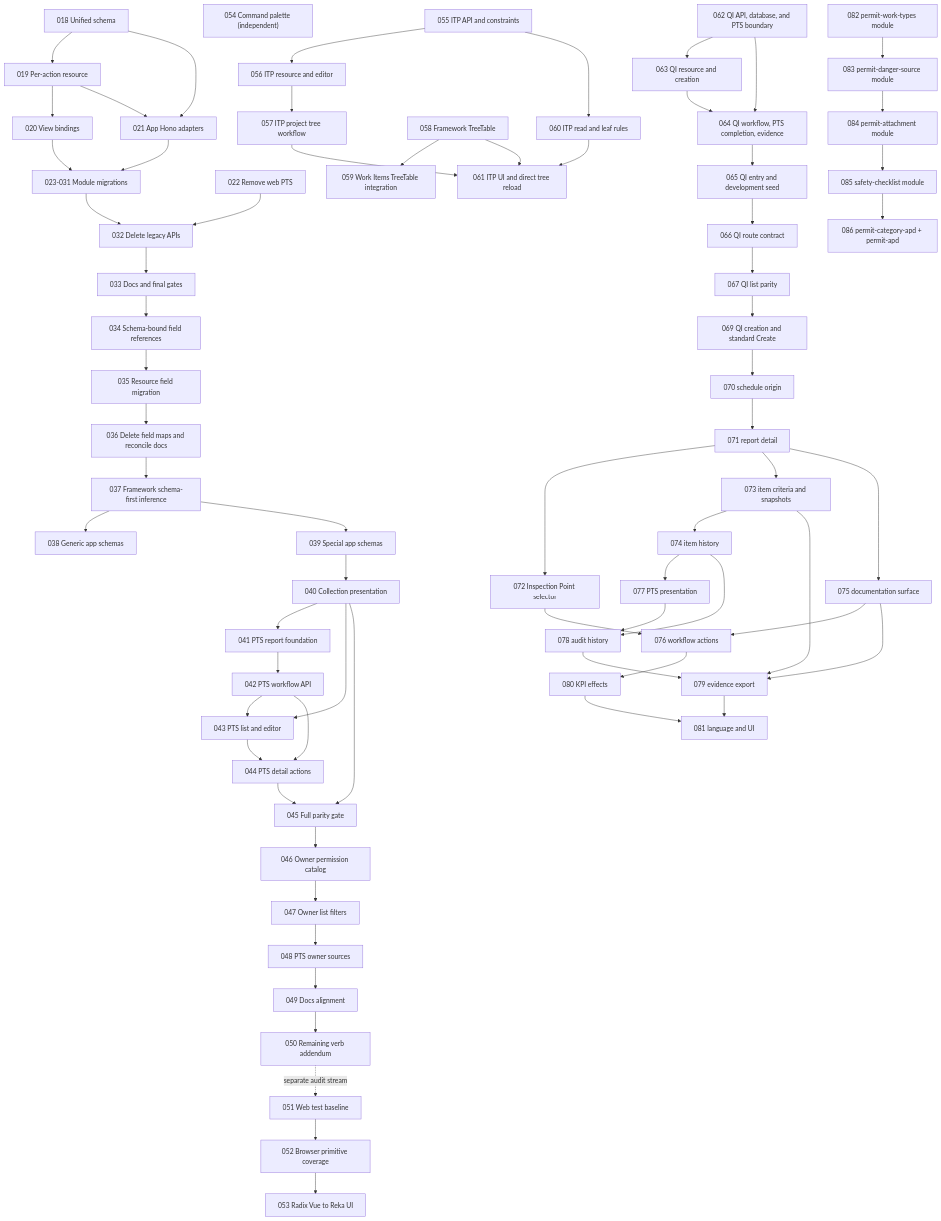
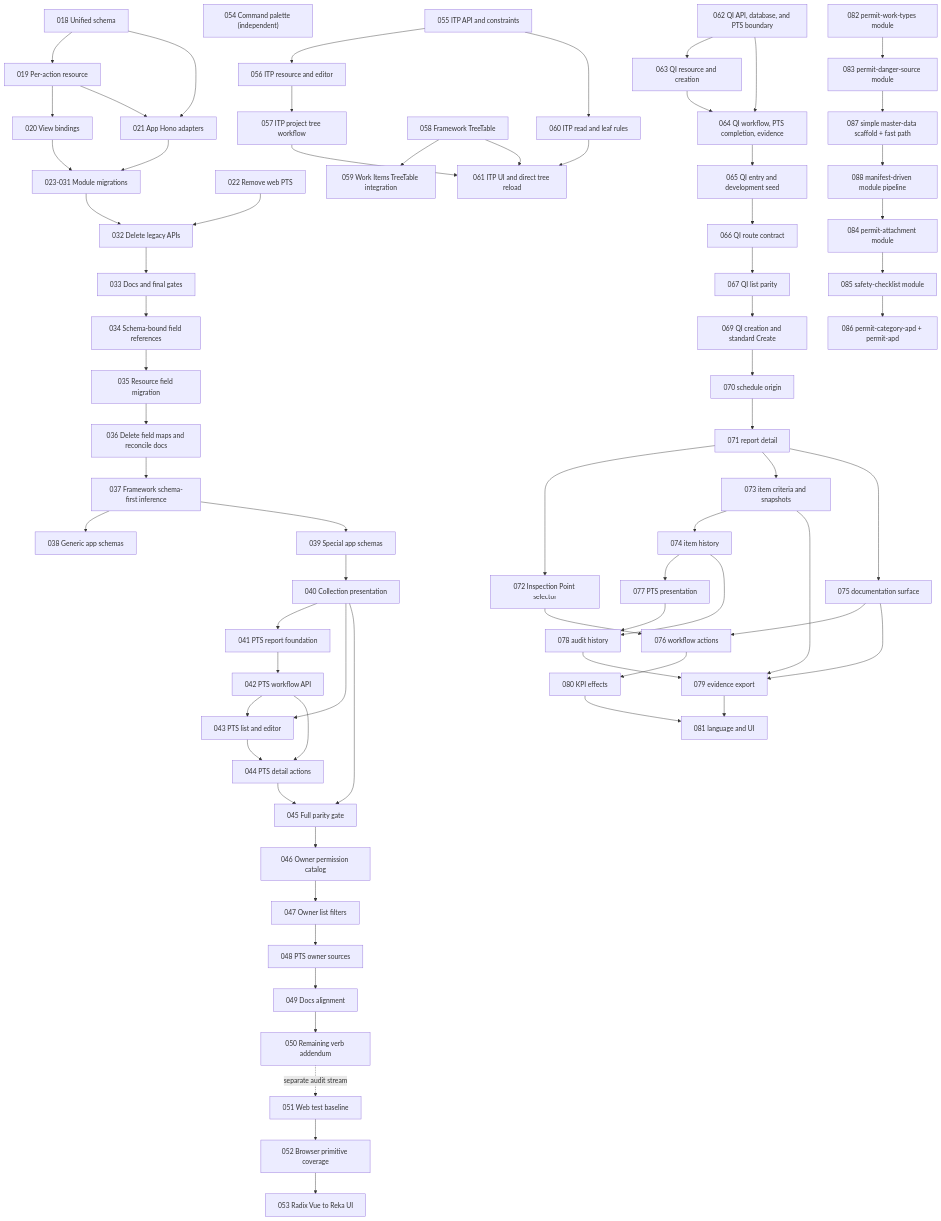
The diagram in plans/README.md (southneuhof/carta), drawn with Mermaid before and after one commit. The commit also changed other lines of this file and 88 other files, not shown here.

Commit message:
Migrate web resources to schema-bound APIs

````diff
--- a/plans/README.md
+++ b/plans/README.md
@@ -132,72 +145,74 @@
 ```mermaid
 flowchart TD
   S["018 Unified schema"] --> R["019 Per-action resource"]
   R --> V["020 View bindings"]
   S --> H["021 App Hono adapters"]
   R --> H
   V --> M["023-031 Module migrations"]
   H --> M
   P["022 Remove web PTS"] --> C["032 Delete legacy APIs"]
   M --> C
   C --> D["033 Docs and final gates"]
   D --> F["034 Schema-bound field references"]
   F --> FM["035 Resource field migration"]
   FM --> FD["036 Delete field maps and reconcile docs"]
   FD --> Z["037 Framework schema-first inference"]
   Z --> ZG["038 Generic app schemas"]
   Z --> ZS["039 Special app schemas"]
   ZS --> C40["040 Collection presentation"]
   C40 --> P41["041 PTS report foundation"]
   P41 --> P42["042 PTS workflow API"]
   C40 --> P43["043 PTS list and editor"]
   P42 --> P43
   P43 --> P44["044 PTS detail actions"]
   P42 --> P44
   P44 --> P45["045 Full parity gate"]
   C40 --> P45
   P45 --> P46["046 Owner permission catalog"]
   P46 --> P47["047 Owner list filters"]
   P47 --> P48["048 PTS owner sources"]
   P48 --> P49["049 Docs alignment"]
   P49 --> P50["050 Remaining verb addendum"]
   P50 -. separate audit stream .-> B51["051 Web test baseline"]
   B51 --> B52["052 Browser primitive coverage"]
   B52 --> B53["053 Radix Vue to Reka UI"]
   CP54["054 Command palette (independent)"]
   I55["055 ITP API and constraints"] --> I56["056 ITP resource and editor"]
   I56 --> I57["057 ITP project tree workflow"]
   TT58["058 Framework TreeTable"] --> WI59["059 Work Items TreeTable integration"]
   I55 --> I60["060 ITP read and leaf rules"]
   I60 --> I61["061 ITP UI and direct tree reload"]
   I57 --> I61
   TT58 --> I61
   Q62["062 QI API, database, and PTS boundary"] --> Q63["063 QI resource and creation"]
   Q62 --> Q64["064 QI workflow, PTS completion, evidence"]
   Q63 --> Q64
   Q64 --> Q65["065 QI entry and development seed"]
   Q65 --> Q66["066 QI route contract"]
   Q66 --> Q67["067 QI list parity"]
   Q67 --> Q69["069 QI creation and standard Create"]
   Q69 --> Q70["070 schedule origin"]
   Q70 --> Q71["071 report detail"]
   Q71 --> Q72["072 Inspection Point selector"]
   Q71 --> Q73["073 item criteria and snapshots"]
   Q73 --> Q74["074 item history"]
   Q71 --> Q75["075 documentation surface"]
   Q72 --> Q76["076 workflow actions"]
   Q75 --> Q76
   Q74 --> Q77["077 PTS presentation"]
   Q74 --> Q78["078 audit history"]
   Q77 --> Q78
   Q73 --> Q79["079 evidence export"]
   Q75 --> Q79
   Q78 --> Q79
   Q76 --> Q80["080 KPI effects"]
   Q79 --> Q81["081 language and UI"]
   Q80 --> Q81
   PW82["082 permit-work-types module"]
   PW82 --> PW83["083 permit-danger-source module"]
-  PW83 --> PW84["084 permit-attachment module"]
+  PW83 --> PW87["087 simple master-data scaffold + fast path"]
+  PW87 --> PW88["088 manifest-driven module pipeline"]
+  PW88 --> PW84["084 permit-attachment module"]
   PW84 --> PW85["085 safety-checklist module"]
   PW85 --> PW86["086 permit-category-apd + permit-apd"]
 ```
````
